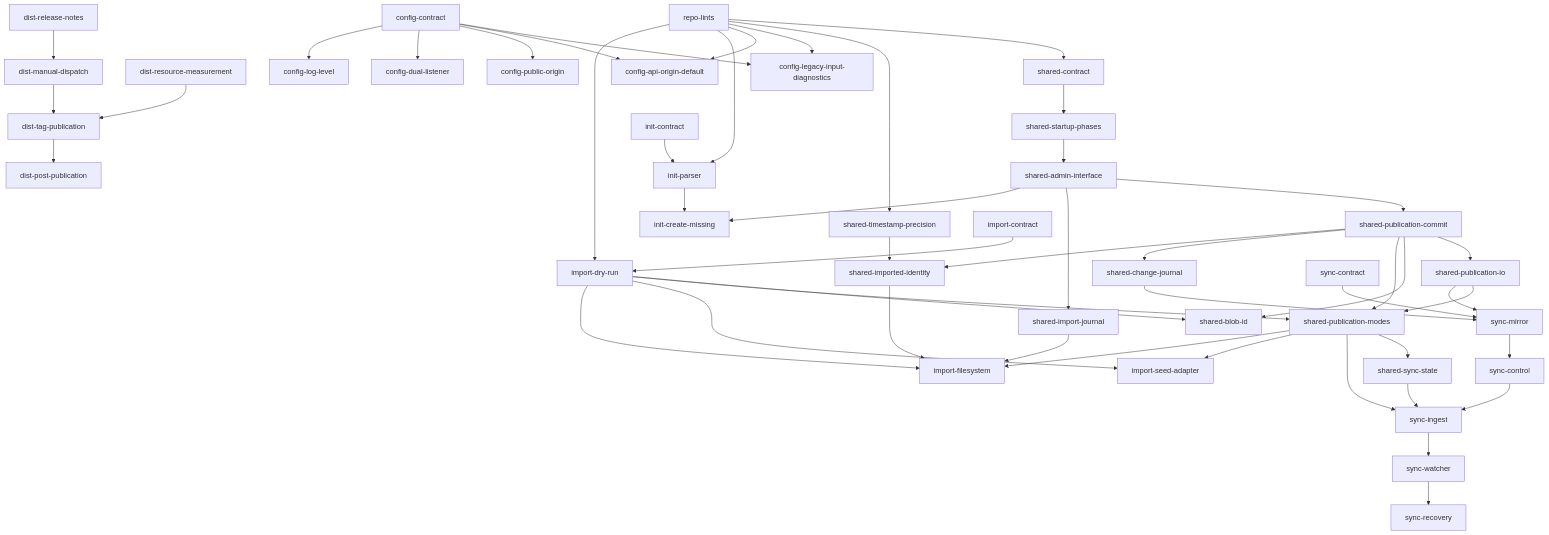
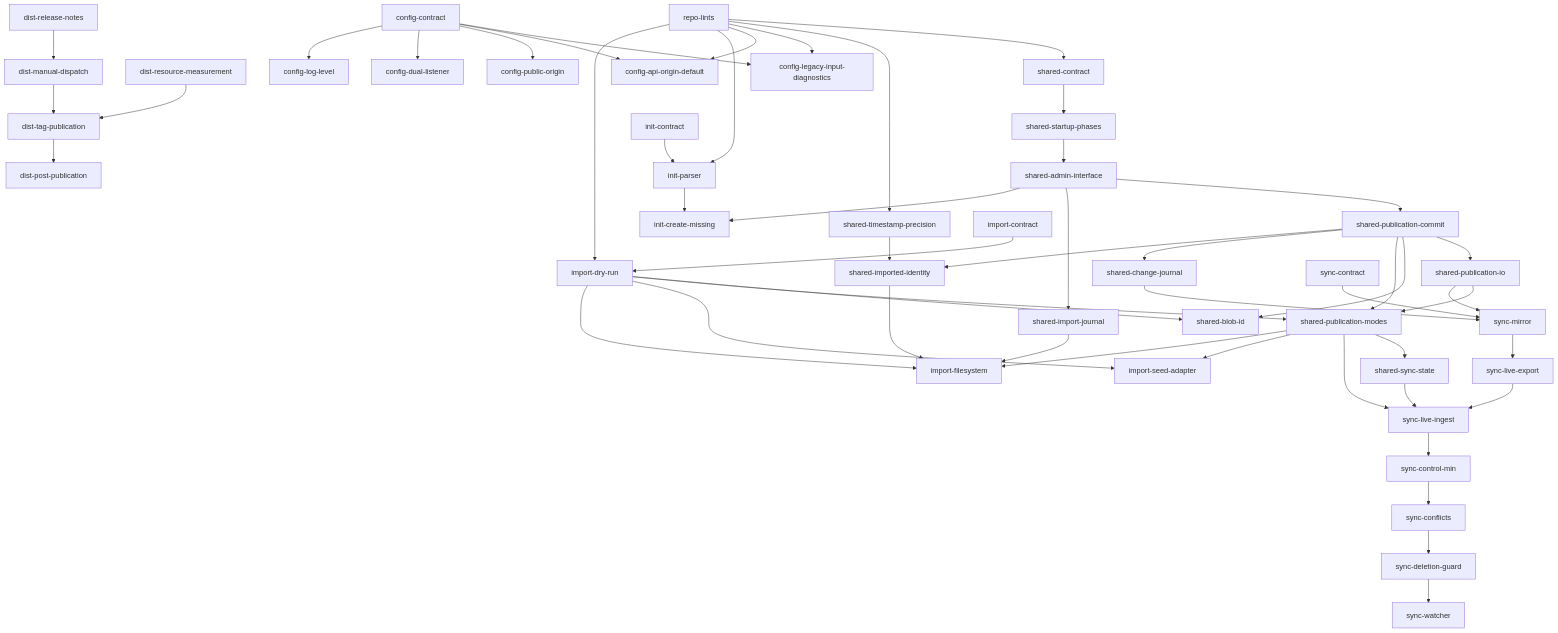
The diagram in planning/onboarding-tracks-plan.ja.md (shiroemons/gcs-mimic), drawn with Mermaid before and after one commit. The commit also changed other lines of this file, not shown here.

````diff
--- a/planning/onboarding-tracks-plan.ja.md
+++ b/planning/onboarding-tracks-plan.ja.md
@@ -174,48 +174,48 @@
 ```mermaid
 flowchart TD
   dist-release-notes --> dist-manual-dispatch --> dist-tag-publication --> dist-post-publication
   dist-resource-measurement --> dist-tag-publication
 
   config-contract --> config-legacy-input-diagnostics
   config-contract --> config-api-origin-default
   config-contract --> config-public-origin
   config-contract --> config-dual-listener
   config-contract --> config-log-level
 
   repo-lints --> shared-contract
   repo-lints --> shared-timestamp-precision --> shared-imported-identity
   repo-lints --> config-legacy-input-diagnostics
   repo-lints --> config-api-origin-default
   repo-lints --> init-parser
   repo-lints --> import-dry-run
 
   shared-contract --> shared-startup-phases --> shared-admin-interface --> shared-publication-commit
   shared-publication-commit --> shared-publication-io
   shared-publication-commit --> shared-blob-id
   import-dry-run --> shared-blob-id
   shared-publication-commit --> shared-publication-modes
   shared-publication-io --> shared-publication-modes
   import-dry-run --> shared-publication-modes
   shared-publication-commit --> shared-change-journal
   shared-publication-commit --> shared-imported-identity
   shared-publication-modes --> shared-sync-state
   shared-admin-interface --> shared-import-journal
 
   init-contract --> init-parser --> init-create-missing
   shared-admin-interface --> init-create-missing
 
   sync-contract --> sync-mirror
   shared-change-journal --> sync-mirror
   shared-publication-io --> sync-mirror
-  sync-mirror --> sync-control --> sync-ingest
-  shared-sync-state --> sync-ingest
-  shared-publication-modes --> sync-ingest
-  sync-ingest --> sync-watcher --> sync-recovery
+  sync-mirror --> sync-live-export --> sync-live-ingest --> sync-control-min
+  sync-control-min --> sync-conflicts --> sync-deletion-guard --> sync-watcher
+  shared-sync-state --> sync-live-ingest
+  shared-publication-modes --> sync-live-ingest
 
   import-contract --> import-dry-run --> import-seed-adapter
   shared-publication-modes --> import-seed-adapter
   import-dry-run --> import-filesystem
   shared-publication-modes --> import-filesystem
   shared-imported-identity --> import-filesystem
   shared-import-journal --> import-filesystem
 ```
````
